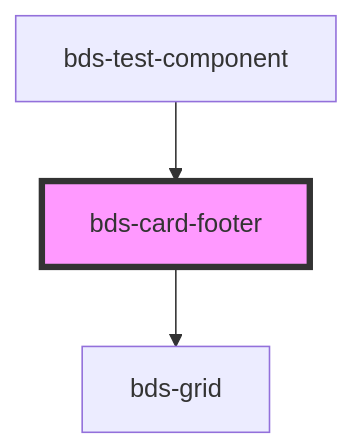
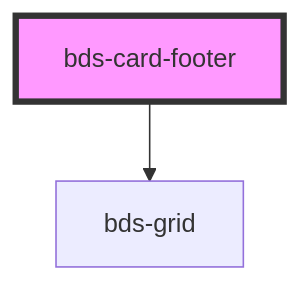
One commit to takenet/blip-ds changed the diagram in src/components/card/card-footer/readme.md. Above: the diagram before and after it, drawn with Mermaid. The commit also changed other lines of this file and 15 other files, not shown here.

````diff
--- a/src/components/card/card-footer/readme.md
+++ b/src/components/card/card-footer/readme.md
@@ -26,6 +22,5 @@
 ```mermaid
 graph TD;
   bds-card-footer --> bds-grid
-  bds-test-component --> bds-card-footer
   style bds-card-footer fill:#f9f,stroke:#333,stroke-width:4px
 ```
````
